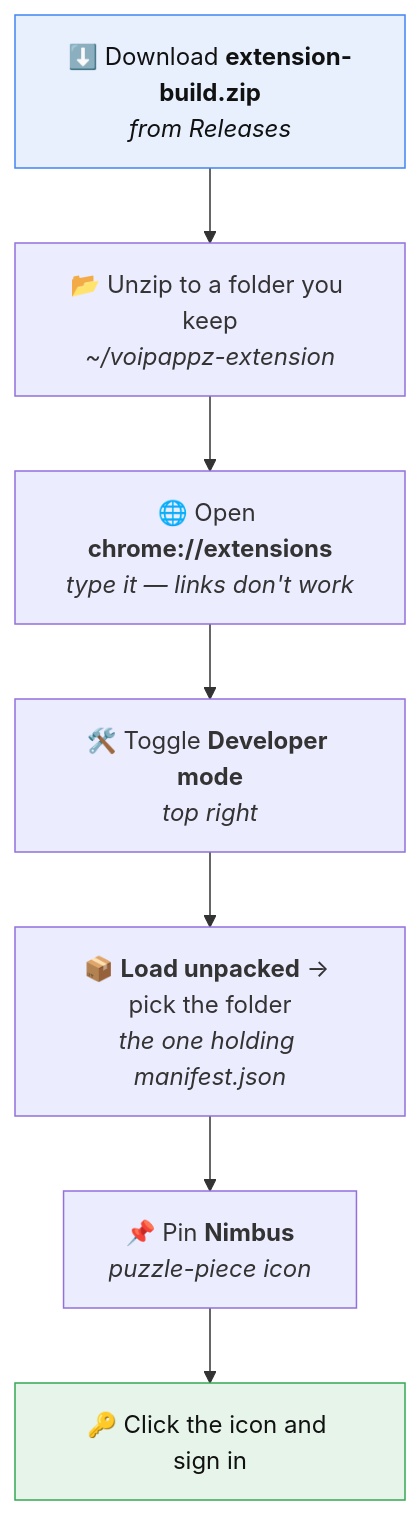
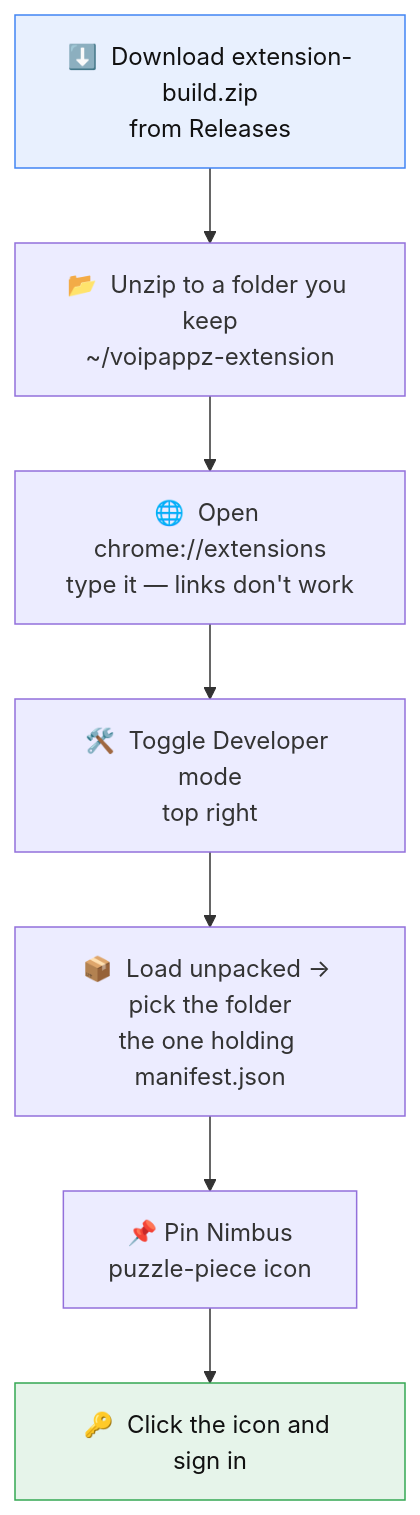
Before and after one commit to voipappz/chrome: the diagram in README.md, drawn with Mermaid.

Commit message:
README: drop <b>/<i> from the mermaid labels
Those only render when mermaid runs with htmlLabels enabled; where it isn't,
the tags print literally and the diagram reads as broken. <br/> is handled
either way, so the line breaks stay and the markup goes.

Claude-Session: https://claude.ai/code/session_011QEaJt8MmyVHKf1FJ3F4jp

````diff
--- a/README.md
+++ b/README.md
@@ -7,13 +7,13 @@
 ```mermaid
 flowchart TD
-    A["⬇️ Download <b>extension-build.zip</b><br/><i>from Releases</i>"] --> B
-    B["📂 Unzip to a folder you keep<br/><i>~/voipappz-extension</i>"] --> C
-    C["🌐 Open <b>chrome://extensions</b><br/><i>type it — links don't work</i>"] --> D
-    D["🛠️ Toggle <b>Developer mode</b><br/><i>top right</i>"] --> E
-    E["📦 <b>Load unpacked</b> → pick the folder<br/><i>the one holding manifest.json</i>"] --> F
-    F["📌 Pin <b>Nimbus</b><br/><i>puzzle-piece icon</i>"] --> G
-    G["🔑 Click the icon and sign in"]
+    A["⬇️  Download extension-build.zip<br/>from Releases"] --> B
+    B["📂  Unzip to a folder you keep<br/>~/voipappz-extension"] --> C
+    C["🌐  Open chrome://extensions<br/>type it — links don't work"] --> D
+    D["🛠️  Toggle Developer mode<br/>top right"] --> E
+    E["📦  Load unpacked → pick the folder<br/>the one holding manifest.json"] --> F
+    F["📌  Pin Nimbus<br/>puzzle-piece icon"] --> G
+    G["🔑  Click the icon and sign in"]
 
     style A fill:#e8f0fe,stroke:#4285f4,color:#111
     style G fill:#e6f4ea,stroke:#34a853,color:#111
 ```
````
